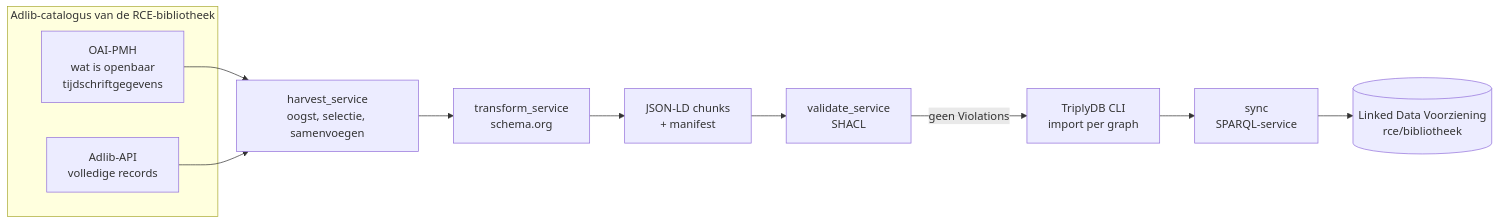
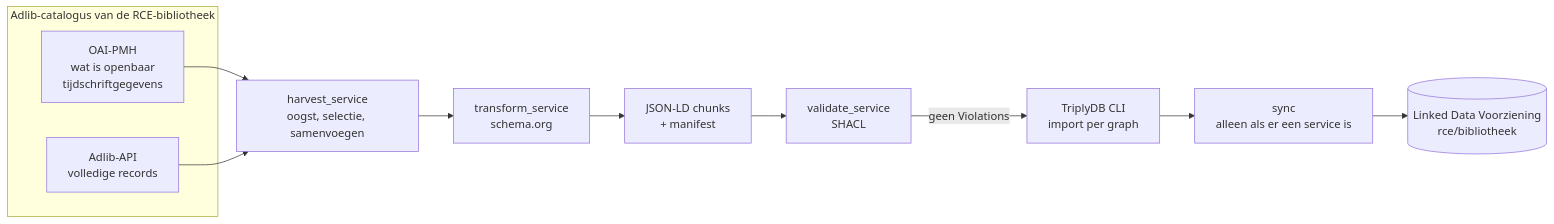
The diagram in docs/architectuur.md (jolietjakeblues/bibliotheek), drawn with Mermaid before and after one commit. The commit also changed other lines of this file and 4 other files, not shown here.

````diff
--- a/docs/architectuur.md
+++ b/docs/architectuur.md
@@ -8,15 +8,15 @@
 ```mermaid
 flowchart LR
     subgraph Bronnen["Adlib-catalogus van de RCE-bibliotheek"]
         OAI["OAI-PMH<br/>wat is openbaar<br/>tijdschriftgegevens"]
         API["Adlib-API<br/>volledige records"]
     end
     OAI --> H
     API --> H
     H["harvest_service<br/>oogst, selectie, samenvoegen"] --> T["transform_service<br/>schema.org"]
     T --> C["JSON-LD chunks<br/>+ manifest"]
     C --> V["validate_service<br/>SHACL"]
     V -->|geen Violations| P["TriplyDB CLI<br/>import per graph"]
-    P --> S["sync<br/>SPARQL-service"]
+    P --> S["sync<br/>alleen als er een service is"]
     S --> LDV[("Linked Data Voorziening<br/>rce/bibliotheek")]
 ```
````
